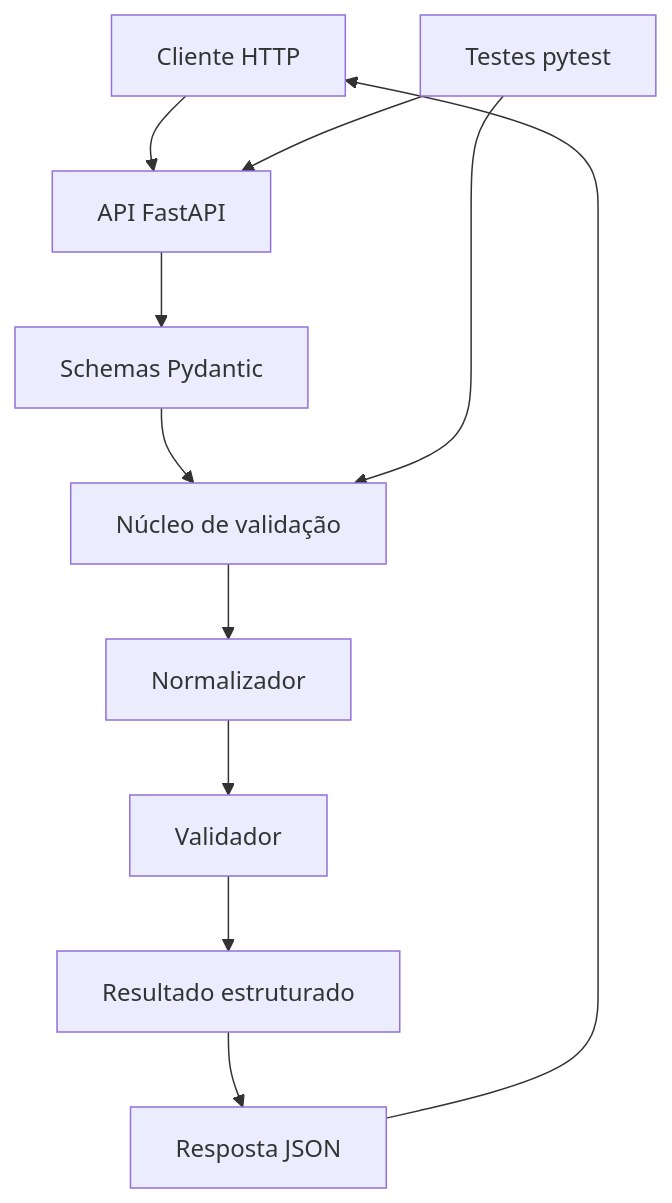
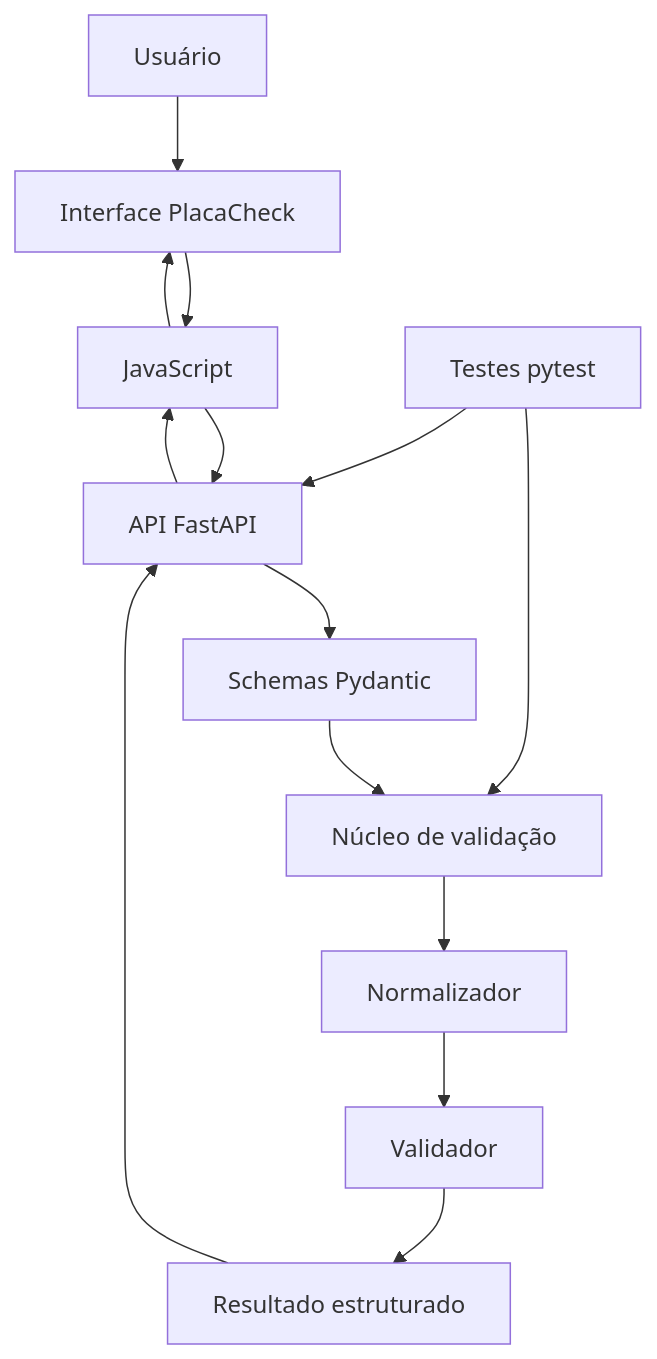
The second of 3 diagrams in README.md (0GabrielF0/BootCamp3), drawn with Mermaid before and after one commit. The commit also changed other lines of this file, not shown here.

````diff
--- a/README.md
+++ b/README.md
@@ -114,13 +189,17 @@
 ```mermaid
 flowchart TD
-    A["Cliente HTTP"] --> B["API FastAPI"]
-    B --> C["Schemas Pydantic"]
-    C --> D["Núcleo de validação"]
-    D --> E["Normalizador"]
-    E --> F["Validador"]
-    F --> G["Resultado estruturado"]
-    G --> H["Resposta JSON"]
-    H --> A
-    T["Testes pytest"] --> D
-    T --> B
+    U["Usuário"] --> UI["Interface PlacaCheck"]
+    UI --> JS["JavaScript"]
+    JS --> API["API FastAPI"]
+    API --> S["Schemas Pydantic"]
+    S --> CORE["Núcleo de validação"]
+    CORE --> N["Normalizador"]
+    N --> V["Validador"]
+    V --> R["Resultado estruturado"]
+    R --> API
+    API --> JS
+    JS --> UI
+
+    T["Testes pytest"] --> CORE
+    T --> API
 ```
````
